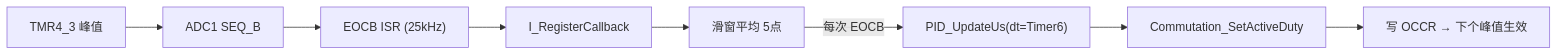
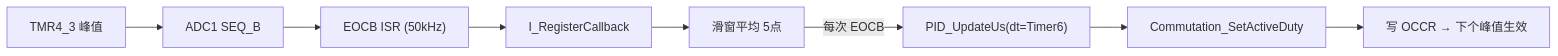
The first of 2 diagrams in ws_L_v.1.0.2/PI电流环.md (HCHCHC99/WS_L), drawn with Mermaid before and after one commit. The commit also changed other lines of this file and 6 other files, not shown here.

````diff
--- a/ws_L_v.1.0.2/PI电流环.md
+++ b/ws_L_v.1.0.2/PI电流环.md
@@ -91,10 +91,10 @@
 ```mermaid
 flowchart LR
     PWM["TMR4_3 峰值"] --> ADC["ADC1 SEQ_B"]
-    ADC --> ISR["EOCB ISR (25kHz)"]
+    ADC --> ISR["EOCB ISR (50kHz)"]
     ISR --> CB["I_RegisterCallback"]
     CB --> ACC["滑窗平均 5点"]
     ACC -->|"每次 EOCB"| CTL["PID_UpdateUs(dt=Timer6)"]
     CTL --> DUTY["Commutation_SetActiveDuty"]
     DUTY --> OCCR["写 OCCR → 下个峰值生效"]
 ```
````
